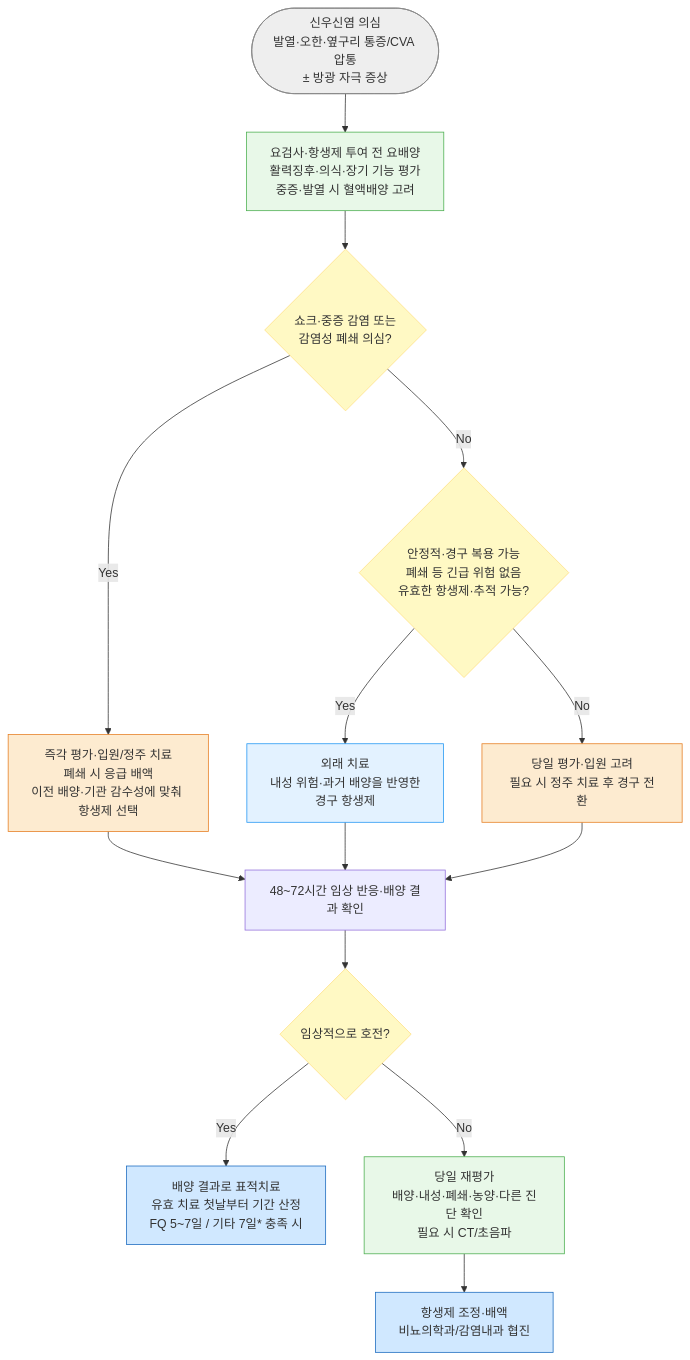
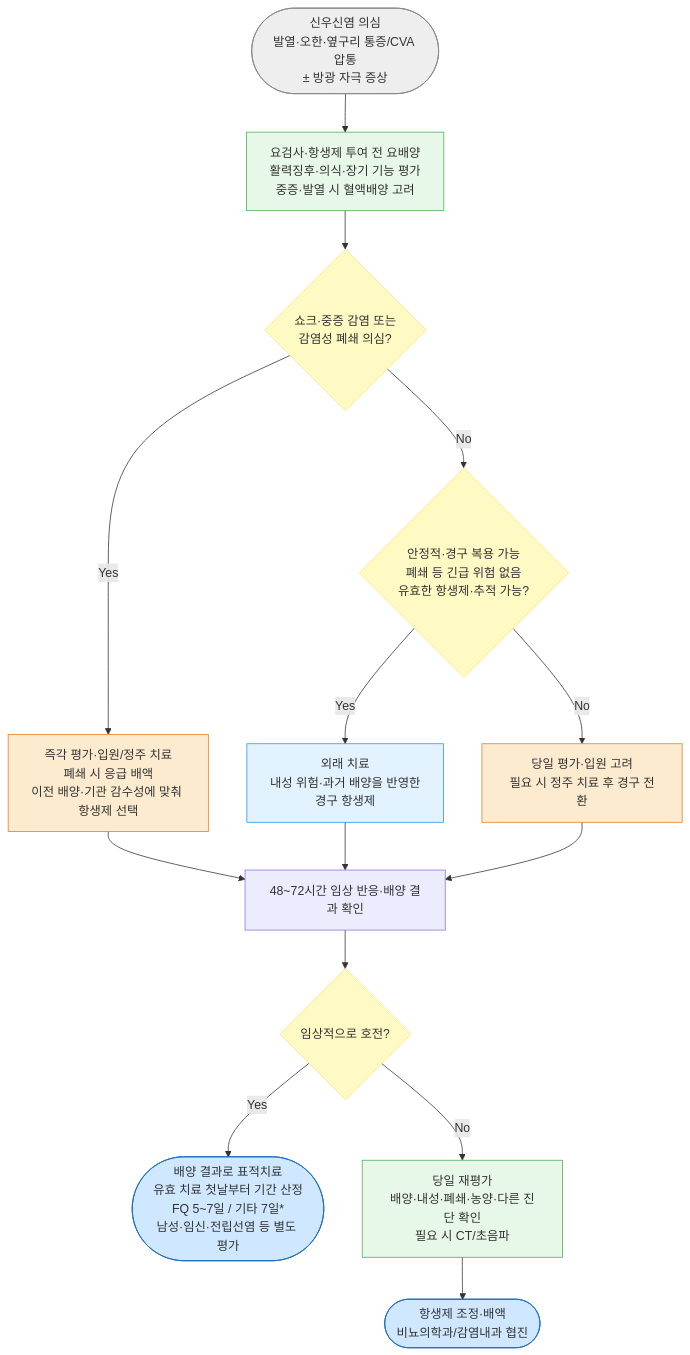
Before and after one commit to familyoh77/familyoh77: the diagram in 227_/119_-apn-uncomplicated.md, drawn with Mermaid. The commit also changed other lines of this file and 9 other files, not shown here.

````diff
--- a/227_/119_-apn-uncomplicated.md
+++ b/227_/119_-apn-uncomplicated.md
@@ -101,29 +105,29 @@
 ```mermaid
 graph TD
     Start(["신우신염 의심<br>발열·오한·옆구리 통증/CVA 압통<br>± 방광 자극 증상"]) --> UA["요검사·항생제 투여 전 요배양<br>활력징후·의식·장기 기능 평가<br>중증·발열 시 혈액배양 고려"]
     UA --> Q1{"쇼크·중증 감염 또는<br>감염성 폐쇄 의심?"}
     Q1 -->|Yes| Admit1["즉각 평가·입원/정주 치료<br>폐쇄 시 응급 배액<br>이전 배양·기관 감수성에 맞춰 항생제 선택"]
     Q1 -->|No| Q2{"안정적·경구 복용 가능<br>폐쇄 등 긴급 위험 없음<br>유효한 항생제·추적 가능?"}
     Q2 -->|Yes| OP["외래 치료<br>내성 위험·과거 배양을 반영한<br>경구 항생제"]
     Q2 -->|No| Admit2["당일 평가·입원 고려<br>필요 시 정주 치료 후 경구 전환"]
     OP --> FU["48~72시간 임상 반응·배양 결과 확인"]
     Admit1 --> FU
     Admit2 --> FU
     FU --> Q3{"임상적으로 호전?"}
-    Q3 -->|Yes| Complete["배양 결과로 표적치료<br>유효 치료 첫날부터 기간 산정<br>FQ 5~7일 / 기타 7일* 충족 시"]
+    Q3 -->|Yes| Complete(["배양 결과로 표적치료<br>유효 치료 첫날부터 기간 산정<br>FQ 5~7일 / 기타 7일*<br>남성·임신·전립선염 등 별도 평가"])
     Q3 -->|No| Image["당일 재평가<br>배양·내성·폐쇄·농양·다른 진단 확인<br>필요 시 CT/초음파"]
-    Image --> Adjust["항생제 조정·배액<br>비뇨의학과/감염내과 협진"]
+    Image --> Adjust(["항생제 조정·배액<br>비뇨의학과/감염내과 협진"])
 
     classDef neutral fill:#eeeeee,stroke:#888888
     classDef test fill:#e8f8e8,stroke:#4caf50
     classDef decision fill:#fff9c4,stroke:#ffe082
     classDef outpatient fill:#e3f2ff,stroke:#2196f3
     classDef admission fill:#fdebd0,stroke:#e67e22
     classDef result fill:#d0e8ff,stroke:#1a6abf
     class Start neutral
     class UA,Image test
     class Q1,Q2,Q3 decision
     class OP outpatient
     class Admit1,Admit2 admission
     class Complete,Adjust result
 ```
````
